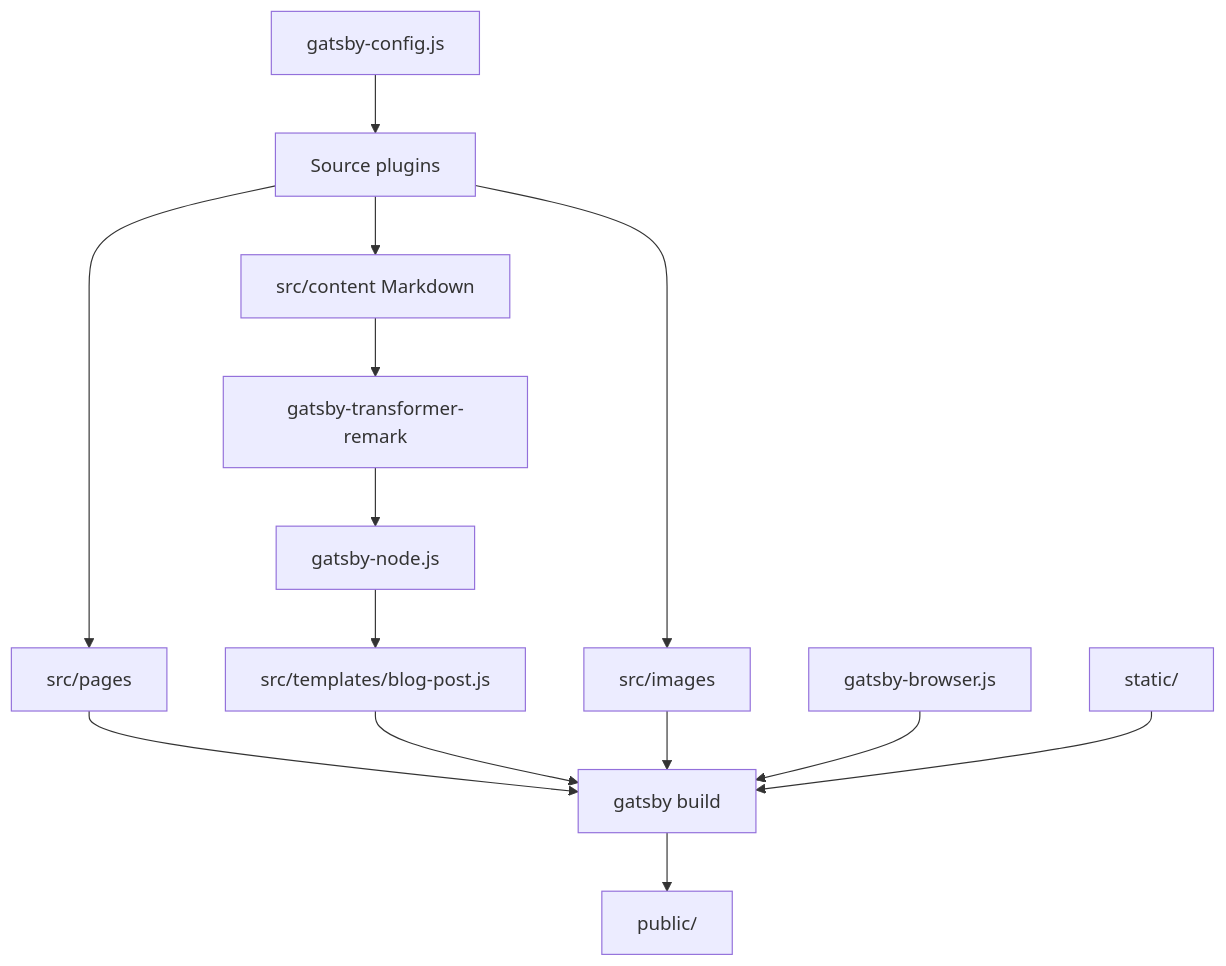
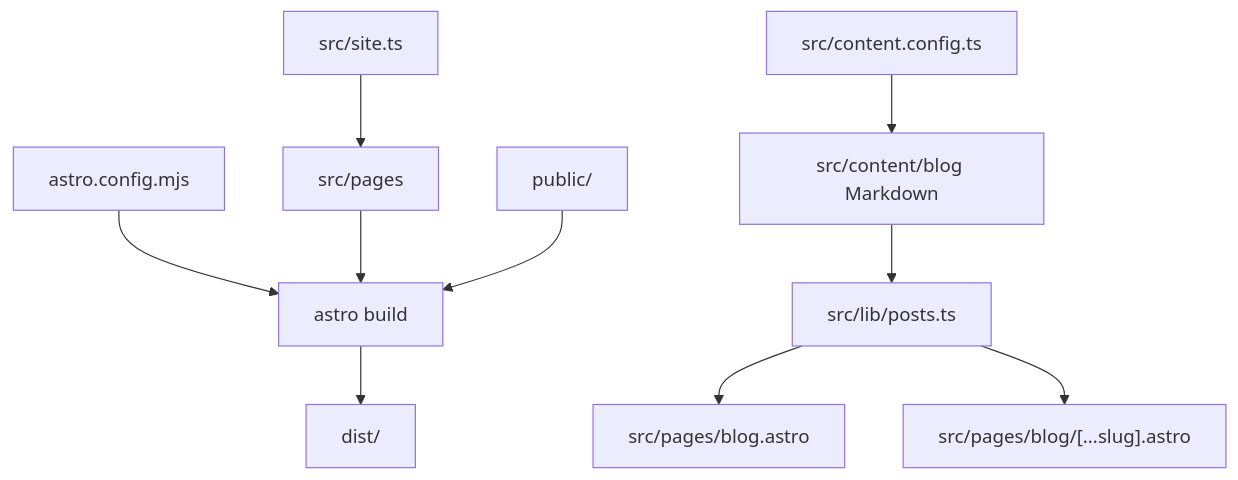
Before and after one commit to smyrick/smyrick.github.io: the first of 3 diagrams in ARCHITECTURE.md, drawn with Mermaid. The commit also changed other lines of this file and 46 other files, not shown here.

Commit message:
Migrate site from Gatsby to Astro

````diff
--- a/ARCHITECTURE.md
+++ b/ARCHITECTURE.md
@@ -89,16 +90,12 @@
 ```mermaid
 flowchart TD
-    Config["gatsby-config.js"] --> Sources["Source plugins"]
-    Sources --> Pages["src/pages"]
-    Sources --> Markdown["src/content Markdown"]
-    Sources --> Images["src/images"]
-    Markdown --> Remark["gatsby-transformer-remark"]
-    Remark --> NodeAPI["gatsby-node.js"]
-    NodeAPI --> BlogTemplate["src/templates/blog-post.js"]
-    Pages --> Build["gatsby build"]
-    BlogTemplate --> Build
-    Images --> Build
-    Browser["gatsby-browser.js"] --> Build
-    Static["static/"] --> Build
-    Build --> Public["public/"]
+    Config["astro.config.mjs"] --> Build["astro build"]
+    Site["src/site.ts"] --> Pages["src/pages"]
+    ContentConfig["src/content.config.ts"] --> Markdown["src/content/blog Markdown"]
+    Markdown --> Helpers["src/lib/posts.ts"]
+    Helpers --> BlogIndex["src/pages/blog.astro"]
+    Helpers --> BlogPost["src/pages/blog/[...slug].astro"]
+    Pages --> Build
+    Static["public/"] --> Build
+    Build --> Dist["dist/"]
 ```
````
